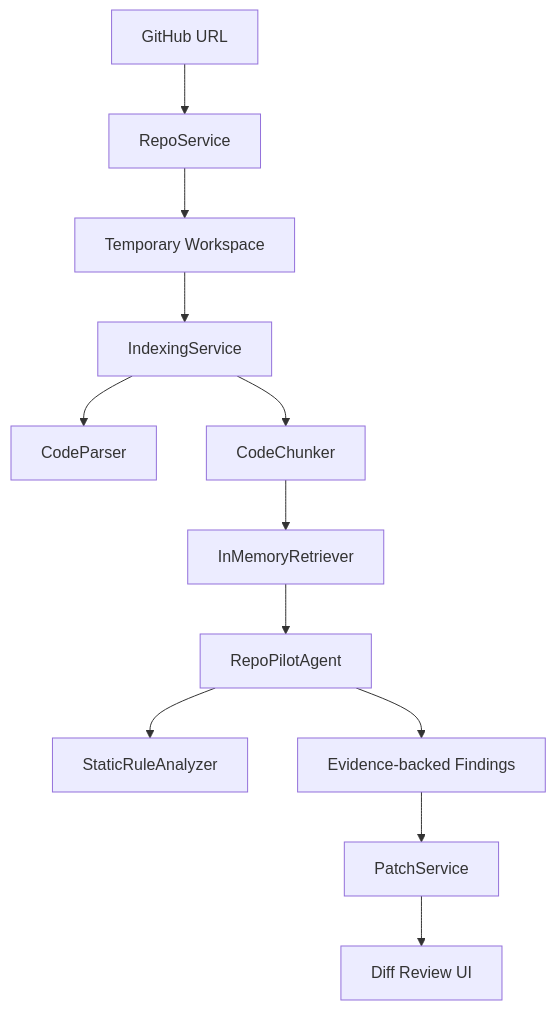
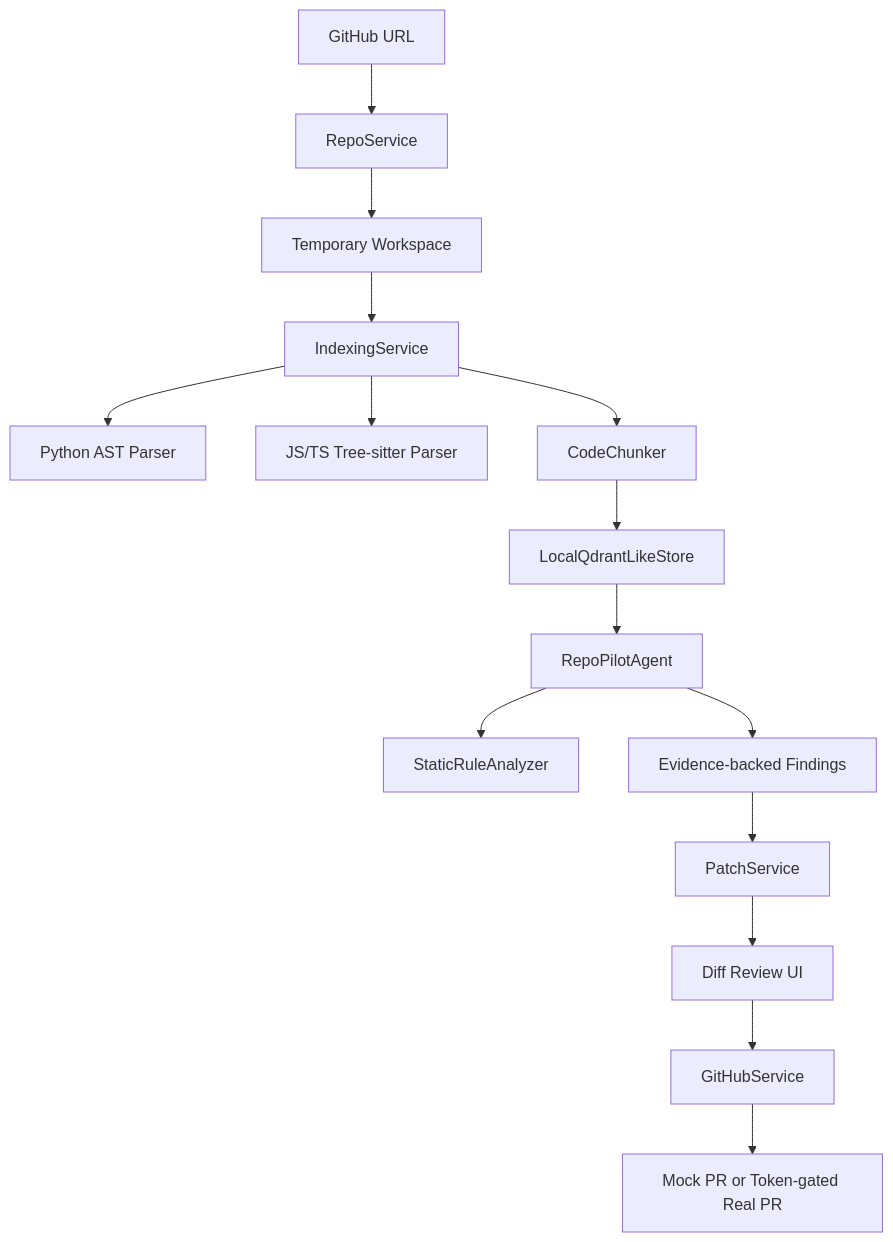
Before and after one commit to coding-jhj/RepoPilot: the diagram in README.md, drawn with Mermaid. The commit also changed other lines of this file and 7 other files, not shown here.

Commit message:
docs: polish RepoPilot presentation

````diff
--- a/README.md
+++ b/README.md
@@ -63,14 +74,17 @@
 ```mermaid
 flowchart TD
-    A["GitHub URL"] --> B["RepoService"]
-    B --> C["Temporary Workspace"]
-    C --> D["IndexingService"]
-    D --> E["CodeParser"]
-    D --> F["CodeChunker"]
-    F --> G["InMemoryRetriever"]
-    G --> H["RepoPilotAgent"]
-    H --> I["StaticRuleAnalyzer"]
-    H --> J["Evidence-backed Findings"]
-    J --> K["PatchService"]
-    K --> L["Diff Review UI"]
+    A[GitHub URL] --> B[RepoService]
+    B --> C[Temporary Workspace]
+    C --> D[IndexingService]
+    D --> E[Python AST Parser]
+    D --> F[JS/TS Tree-sitter Parser]
+    D --> G[CodeChunker]
+    G --> H[LocalQdrantLikeStore]
+    H --> I[RepoPilotAgent]
+    I --> J[StaticRuleAnalyzer]
+    I --> K[Evidence-backed Findings]
+    K --> L[PatchService]
+    L --> M[Diff Review UI]
+    M --> N[GitHubService]
+    N --> O[Mock PR or Token-gated Real PR]
 ```
````
